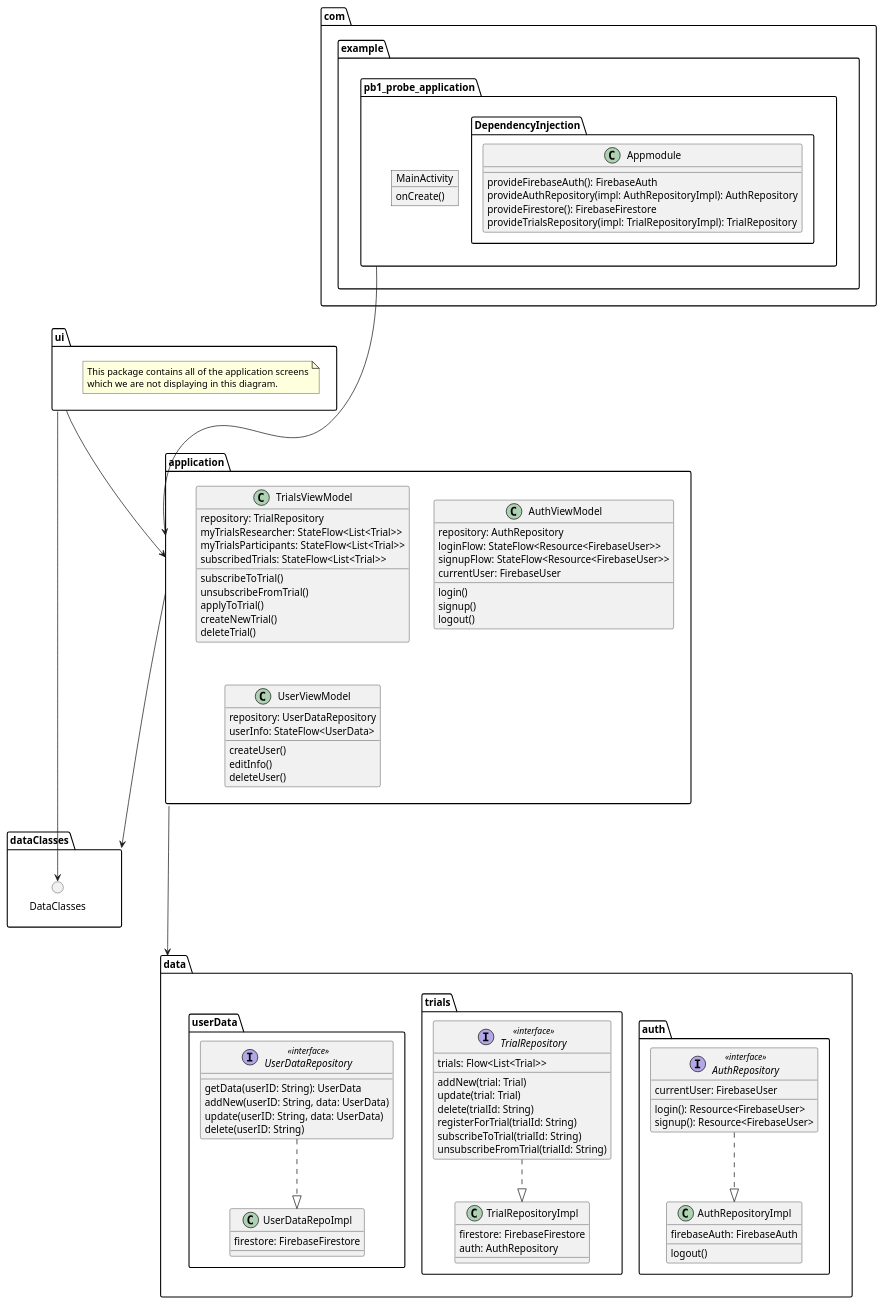
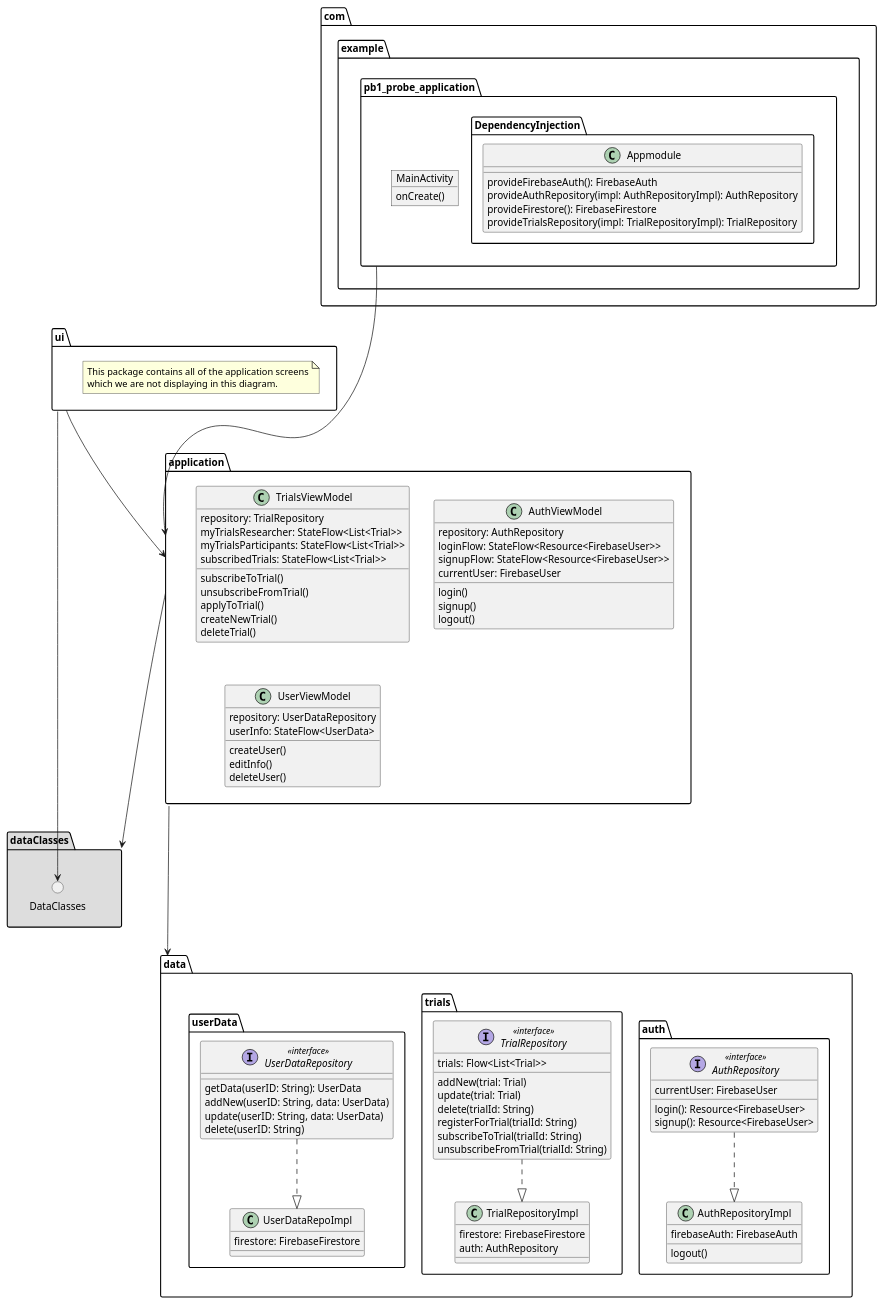
Before and after one commit to MarkBidstrup/PB1: the diagram in PB1ProbeApplication/UML/NewClassDiagram.puml, drawn with PlantUML.

Commit message:
changes in the class diagrams

```diff
--- a/PB1ProbeApplication/UML/NewClassDiagram.puml
+++ b/PB1ProbeApplication/UML/NewClassDiagram.puml
@@ -1,129 +1,129 @@
 @startuml
 'https://plantuml.com/class-diagram
 
 package application {
     class TrialsViewModel {
         repository: TrialRepository
         myTrialsResearcher: StateFlow<List<Trial>>
         myTrialsParticipants: StateFlow<List<Trial>>
         subscribedTrials: StateFlow<List<Trial>>
 
         subscribeToTrial()
         unsubscribeFromTrial()
         applyToTrial()
         createNewTrial()
         deleteTrial()
     }
 
     class AuthViewModel {
         repository: AuthRepository
         loginFlow: StateFlow<Resource<FirebaseUser>>
         signupFlow: StateFlow<Resource<FirebaseUser>>
         currentUser: FirebaseUser
         login()
         signup()
         logout()
     }
 
     class UserViewModel {
         repository: UserDataRepository
         userInfo: StateFlow<UserData>
         createUser()
         editInfo()
         deleteUser()
 
     }
 }
 
 
 package data {
 
     package auth {
 
         interface AuthRepository <<interface>> {
             currentUser: FirebaseUser
             login(): Resource<FirebaseUser>
             signup(): Resource<FirebaseUser>
         }
 
         class AuthRepositoryImpl {
             firebaseAuth: FirebaseAuth
             logout()
         }
 
     }
 
     package trials {
         interface TrialRepository <<interface>> {
             trials: Flow<List<Trial>>
 
             addNew(trial: Trial)
             update(trial: Trial)
             delete(trialId: String)
             registerForTrial(trialId: String)
             subscribeToTrial(trialId: String)
             unsubscribeFromTrial(trialId: String)
         }
 
         class TrialRepositoryImpl {
             firestore: FirebaseFirestore
             auth: AuthRepository
         }
 
     }
 
     package userData {
         interface UserDataRepository <<interface>> {
             getData(userID: String): UserData
             addNew(userID: String, data: UserData)
             update(userID: String, data: UserData)
             delete(userID: String)
         }
 
         class UserDataRepoImpl {
             firestore: FirebaseFirestore
         }
 
     }
 }
 
 package ui {
     note "This package contains all of the application screens\nwhich we are not displaying in this diagram." as note
 }
 
 package com.example.pb1_probe_application {
     object MainActivity {
         onCreate()
     }
 
     package DependencyInjection {
         class Appmodule {
             provideFirebaseAuth(): FirebaseAuth
             provideAuthRepository(impl: AuthRepositoryImpl): AuthRepository
             provideFirestore(): FirebaseFirestore
             provideTrialsRepository(impl: TrialRepositoryImpl): TrialRepository
         }
     }
 }
 
-package dataClasses {
+package dataClasses #DDDDDD {
     () DataClasses
 }
 
 'packages
 com.example.pb1_probe_application ----> application
 application ---d-> data
 ui ---d> application
 ui -----> DataClasses
 application -> dataClasses
 
 'data package
 AuthRepository ..|> AuthRepositoryImpl
 TrialRepository ..|> TrialRepositoryImpl
 UserDataRepository ..|> UserDataRepoImpl
 
 
 
 
 
 @enduml
```
